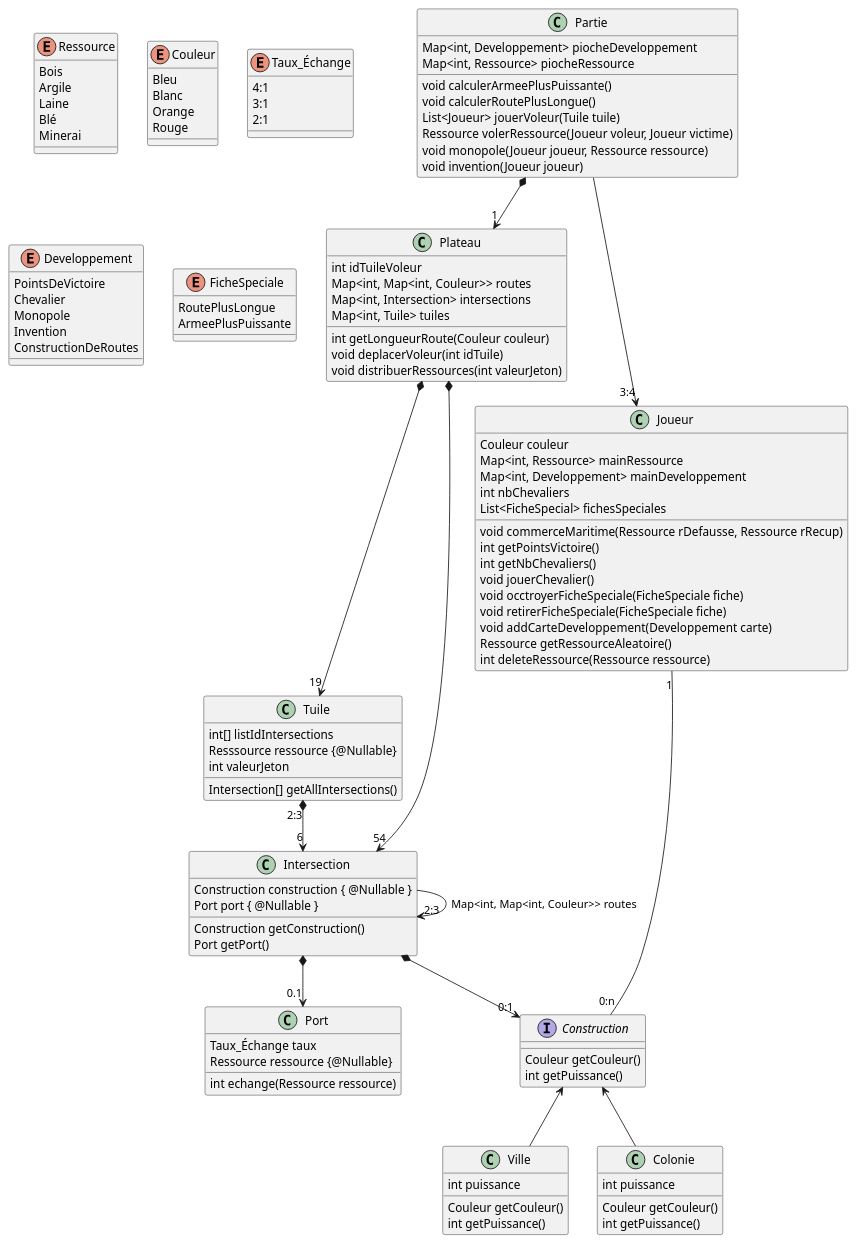
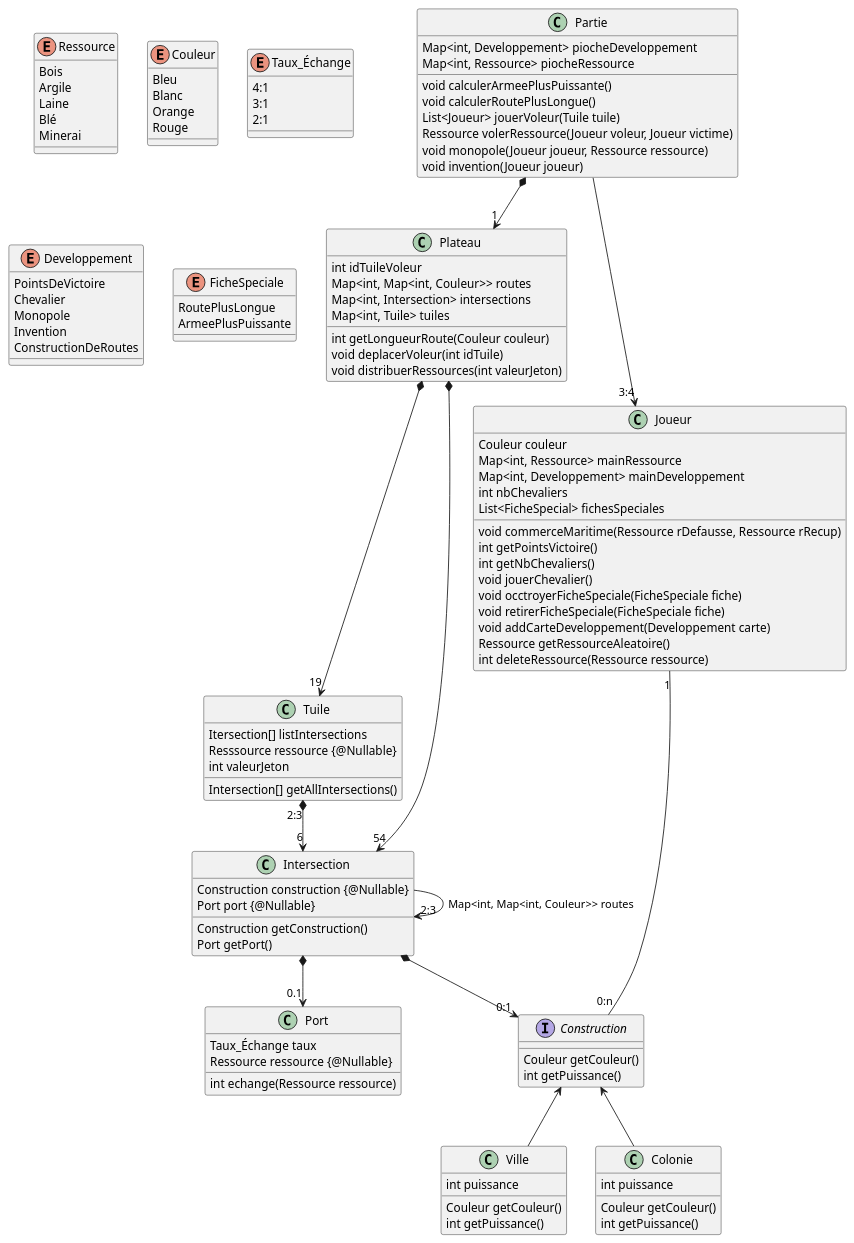
The diagram in catan-doc/modules/conception/examples/gameClassDiag.plantuml (Lapin-Obez/colon_de_catane), drawn with PlantUML before and after one commit.

Commit message:
Fixing game class diagram by changing attribute type in Intersection class

```diff
--- a/catan-doc/modules/conception/examples/gameClassDiag.plantuml
+++ b/catan-doc/modules/conception/examples/gameClassDiag.plantuml
@@ -1,139 +1,139 @@
 @startuml
 
 enum Ressource {
 Bois
 Argile
 Laine
 Blé
 Minerai
 }
 
 enum Couleur {
 Bleu
 Blanc
 Orange
 Rouge
 }
 
 enum Taux_Échange {
 4:1
 3:1
 2:1
 }
 
 enum Developpement {
 PointsDeVictoire
 Chevalier
 Monopole
 Invention
 ConstructionDeRoutes
 }
 
 enum FicheSpeciale {
 RoutePlusLongue
 ArmeePlusPuissante
 }
 
 class Partie {
 Map<int, Developpement> piocheDeveloppement
 Map<int, Ressource> piocheRessource
 
 void calculerArmeePlusPuissante()
 void calculerRoutePlusLongue()
 List<Joueur> jouerVoleur(Tuile tuile)
 Ressource volerRessource(Joueur voleur, Joueur victime)
 void monopole(Joueur joueur, Ressource ressource)
 void invention(Joueur joueur)
 }
 
 class Plateau {
 int idTuileVoleur
 Map<int, Map<int, Couleur>> routes
 Map<int, Intersection> intersections
 Map<int, Tuile> tuiles
 
 int getLongueurRoute(Couleur couleur)
 void deplacerVoleur(int idTuile)
 void distribuerRessources(int valeurJeton)
 }
 
 class Port{
 Taux_Échange taux
 Ressource ressource {@Nullable}
 
 int echange(Ressource ressource)
 }
 
 class Tuile{
-int[] listIdIntersections
+Itersection[] listIntersections
 Resssource ressource {@Nullable}
 int valeurJeton
 
 Intersection[] getAllIntersections()
 }
 
 class Intersection{
-Construction construction { @Nullable }
-Port port { @Nullable }
+Construction construction {@Nullable}
+Port port {@Nullable}
 
 Construction getConstruction()
 Port getPort()
 }
 
 class Joueur{
 Couleur couleur
 Map<int, Ressource> mainRessource
 Map<int, Developpement> mainDeveloppement
 int nbChevaliers
 List<FicheSpecial> fichesSpeciales
 
 void commerceMaritime(Ressource rDefausse, Ressource rRecup)
 int getPointsVictoire()
 int getNbChevaliers()
 void jouerChevalier()
 void occtroyerFicheSpeciale(FicheSpeciale fiche)
 void retirerFicheSpeciale(FicheSpeciale fiche)
 void addCarteDeveloppement(Developpement carte)
 Ressource getRessourceAleatoire()
 int deleteRessource(Ressource ressource)
 }
 
 interface Construction {
 Couleur getCouleur()
 int getPuissance()
 }
 
 class Ville {
 int puissance
 
 Couleur getCouleur()
 int getPuissance()
 }
 
 class Colonie {
 int puissance
 
 Couleur getCouleur()
 int getPuissance()
 }
 
 
 
 Construction <-d- Ville
 Construction <-d- Colonie
 
 
 Partie *--> "1" Plateau
 Plateau *--> "19" Tuile
 Plateau *--> "54" Intersection
 
 Tuile "2:3" *-->"6" Intersection
 Intersection *--> "0:1" Construction
 Intersection --> "2:3" Intersection : Map<int, Map<int, Couleur>> routes
 
 Intersection *--> "0.1" Port
 
 Partie --> "3:4" Joueur
 Joueur "1" -- "0:n" Construction
 
 @enduml
```
